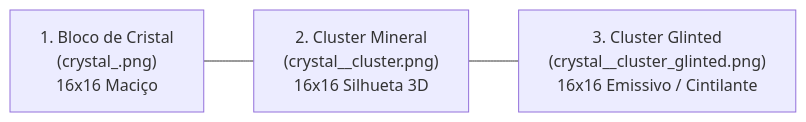
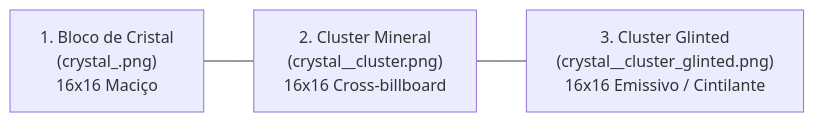
One commit to gabrtzweb/VoxelGameEngine changed the second of 3 diagrams in docs/worldbuilding/caverns_design.md. Above: the diagram before and after it, drawn with Mermaid. The commit also changed other lines of this file and 24 other files, not shown here.

````diff
--- a/docs/worldbuilding/caverns_design.md
+++ b/docs/worldbuilding/caverns_design.md
@@ -38,5 +38,5 @@
 ```mermaid
 graph LR
-    B["1. Bloco de Cristal<br>(crystal_<nome>.png)<br>16x16 Maciço"] --- C["2. Cluster Mineral<br>(crystal_<nome>_cluster.png)<br>16x16 Silhueta 3D"]
+    B["1. Bloco de Cristal<br>(crystal_<nome>.png)<br>16x16 Maciço"] --- C["2. Cluster Mineral<br>(crystal_<nome>_cluster.png)<br>16x16 Cross-billboard"]
     C --- G["3. Cluster Glinted<br>(crystal_<nome>_cluster_glinted.png)<br>16x16 Emissivo / Cintilante"]
 ```
````
